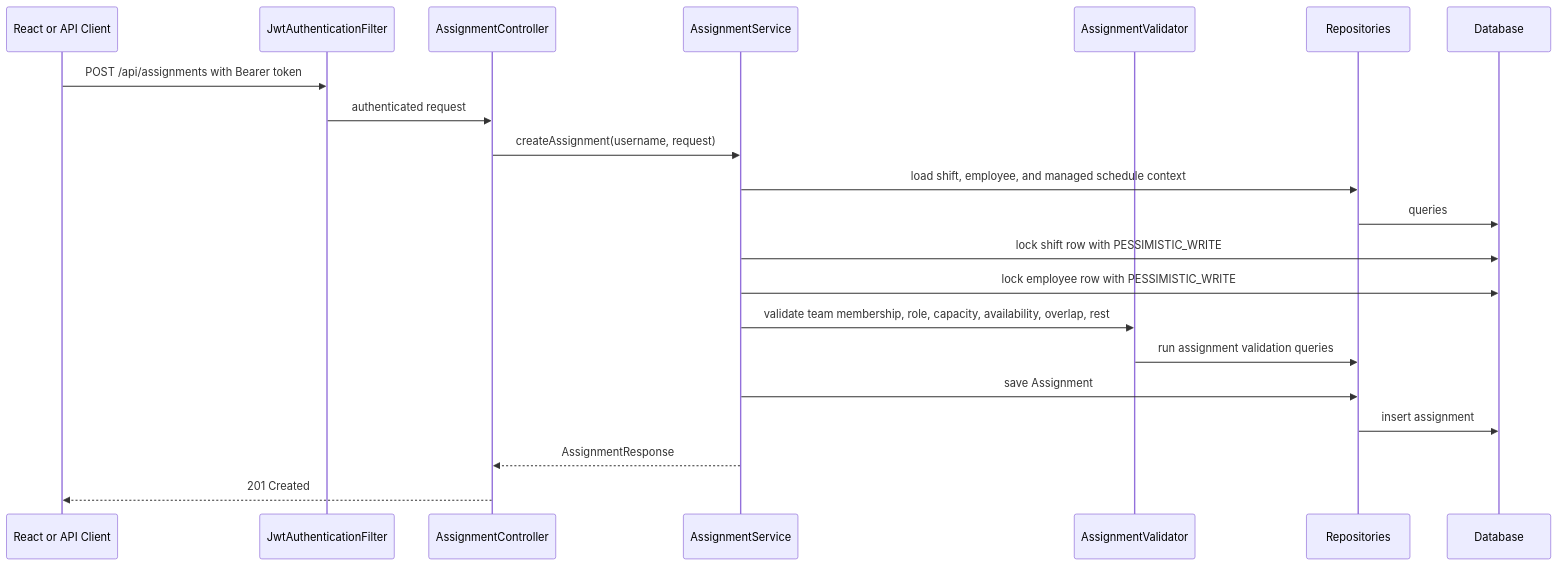
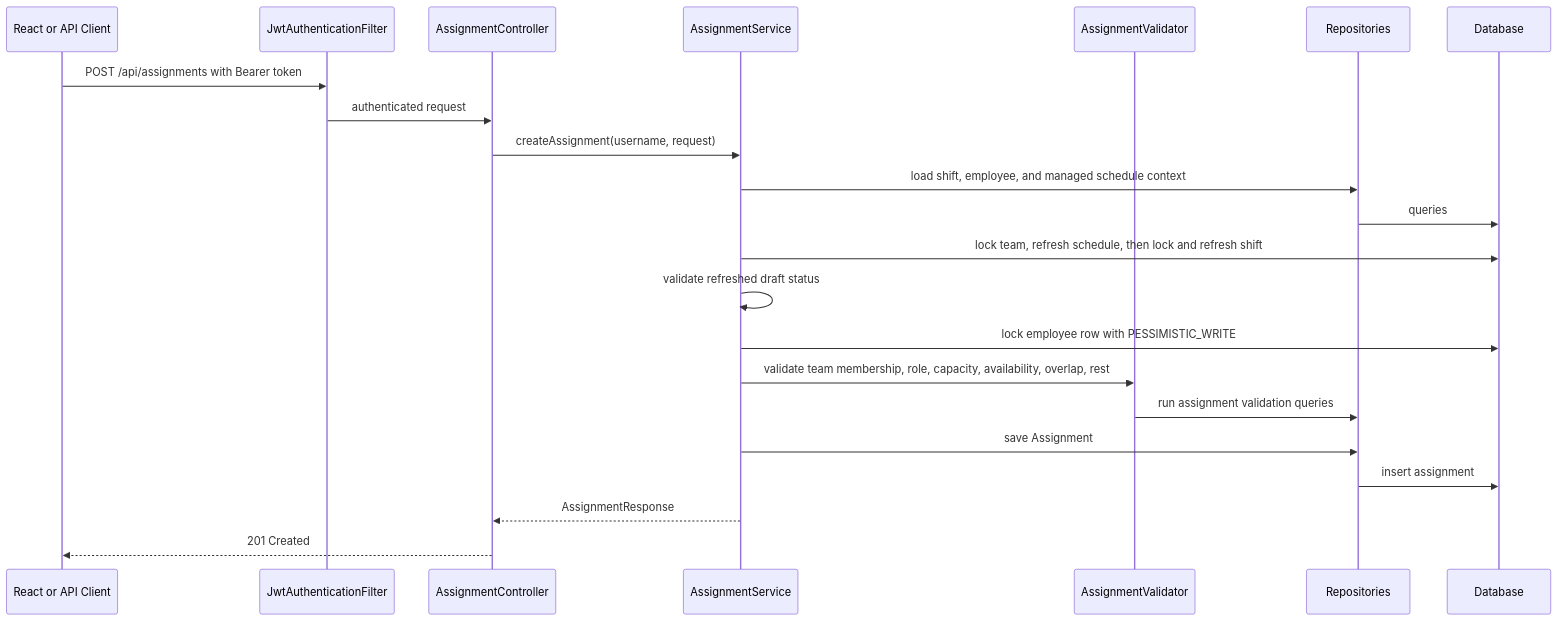
Before and after one commit to HiliMor/shift-management-system: diagram 14 of 20 in docs/current-backend-architecture.md, drawn with Mermaid. The commit also changed other lines of this file and 14 other files, not shown here.

````diff
--- a/docs/current-backend-architecture.md
+++ b/docs/current-backend-architecture.md
@@ -631,24 +668,25 @@
 ```mermaid
 sequenceDiagram
     participant Client as React or API Client
     participant Security as JwtAuthenticationFilter
     participant AssignmentController
     participant AssignmentService
     participant AssignmentValidator
     participant Repositories
     participant Database
 
     Client->>Security: POST /api/assignments with Bearer token
     Security->>AssignmentController: authenticated request
     AssignmentController->>AssignmentService: createAssignment(username, request)
     AssignmentService->>Repositories: load shift, employee, and managed schedule context
     Repositories->>Database: queries
-    AssignmentService->>Database: lock shift row with PESSIMISTIC_WRITE
+    AssignmentService->>Database: lock team, refresh schedule, then lock and refresh shift
+    AssignmentService->>AssignmentService: validate refreshed draft status
     AssignmentService->>Database: lock employee row with PESSIMISTIC_WRITE
     AssignmentService->>AssignmentValidator: validate team membership, role, capacity, availability, overlap, rest
     AssignmentValidator->>Repositories: run assignment validation queries
     AssignmentService->>Repositories: save Assignment
     Repositories->>Database: insert assignment
     AssignmentService-->>AssignmentController: AssignmentResponse
     AssignmentController-->>Client: 201 Created
 ```
````
